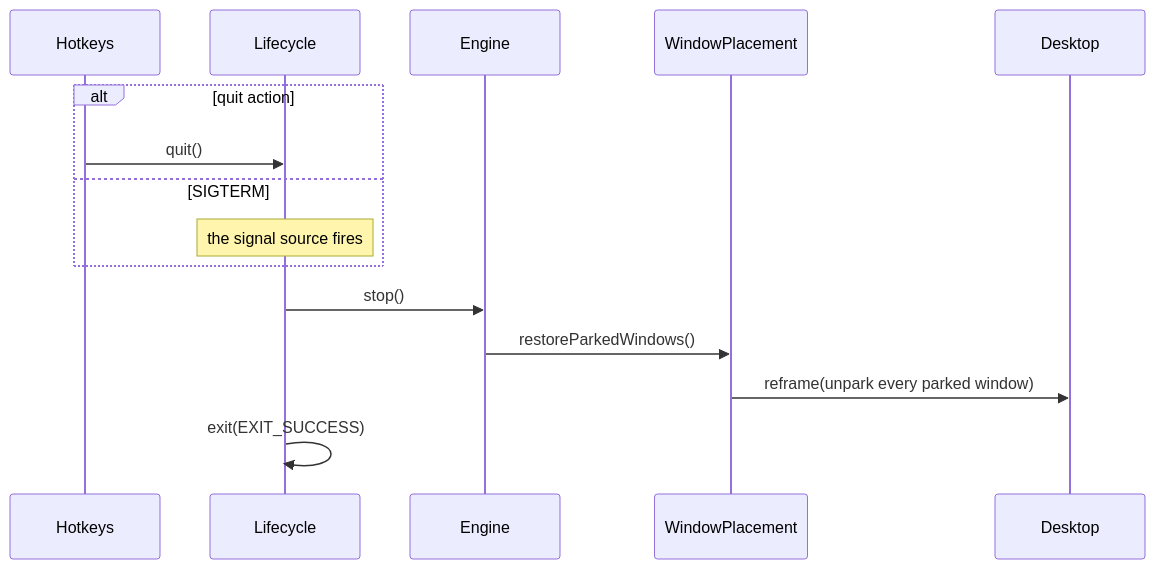
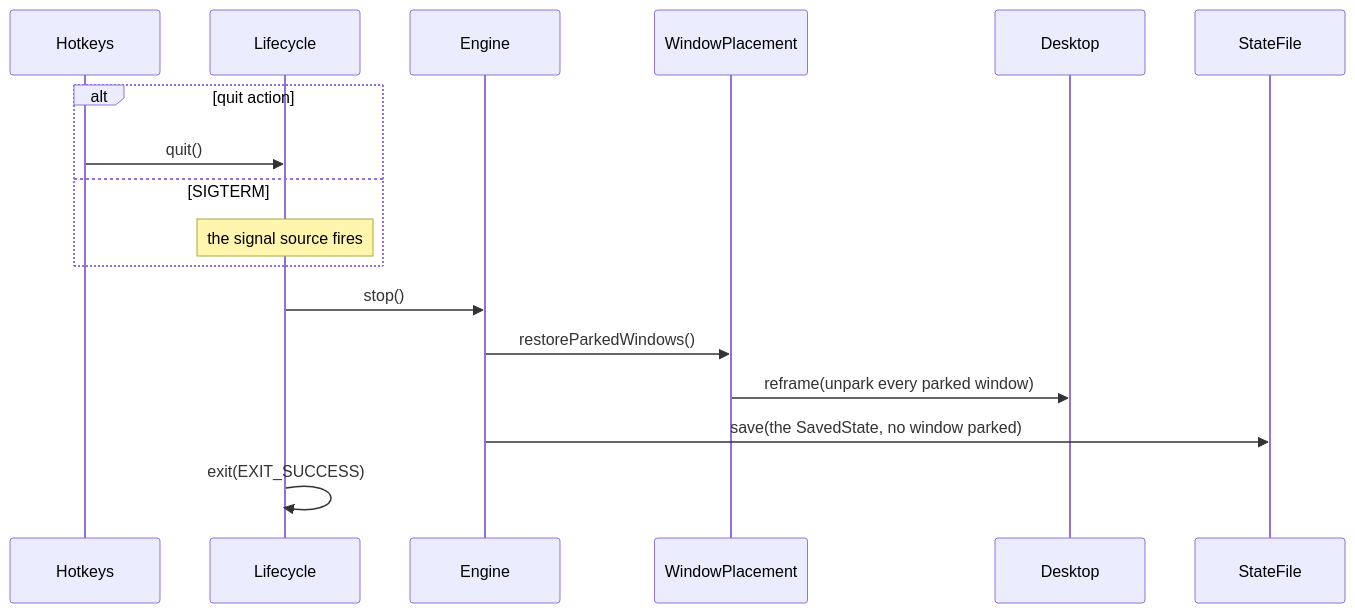
Before and after one commit to brennovich/ottowm: diagram 16 of 20 in ARCHITECTURE.md, drawn with Mermaid. The commit also changed other lines of this file and 27 other files, not shown here.

````diff
--- a/ARCHITECTURE.md
+++ b/ARCHITECTURE.md
@@ -424,12 +441,13 @@
 ```mermaid
 sequenceDiagram
     alt quit action
         Hotkeys->>Lifecycle: quit()
     else SIGTERM
         Note over Lifecycle: the signal source fires
     end
     Lifecycle->>Engine: stop()
     Engine->>WindowPlacement: restoreParkedWindows()
     WindowPlacement->>Desktop: reframe(unpark every parked window)
+    Engine->>StateFile: save(the SavedState, no window parked)
     Lifecycle->>Lifecycle: exit(EXIT_SUCCESS)
 ```
````
